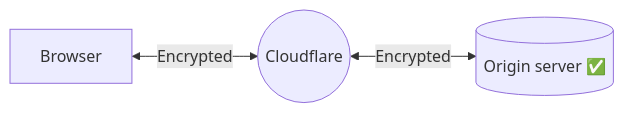
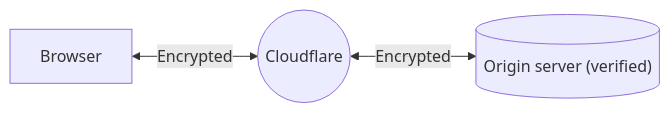
One commit to cloudflare/cloudflare-docs changed the diagram in content/ssl/origin-configuration/ssl-modes/full-strict.md. Above: the diagram before and after it, drawn with Mermaid. The commit also changed 1 other file, not shown here.

Commit message:
test again

```diff
--- a/content/ssl/origin-configuration/ssl-modes/full-strict.md
+++ b/content/ssl/origin-configuration/ssl-modes/full-strict.md
@@ -13,6 +13,6 @@
 <div class="mermaid">
 graph LR
     accTitle: Full - Strict SSL/TLS Encryption
     accDescr: With an encryption mode of Full (strict), your application encrypts traffic going to and coming from Cloudflare.
-    A[Browser] <--Encrypted--> B((Cloudflare))<--Encrypted--> C[(Origin server &#9989;)]
+    A[Browser] <--Encrypted--> B((Cloudflare))<--Encrypted--> C[("Origin server (verified)")]
 </div>
```
